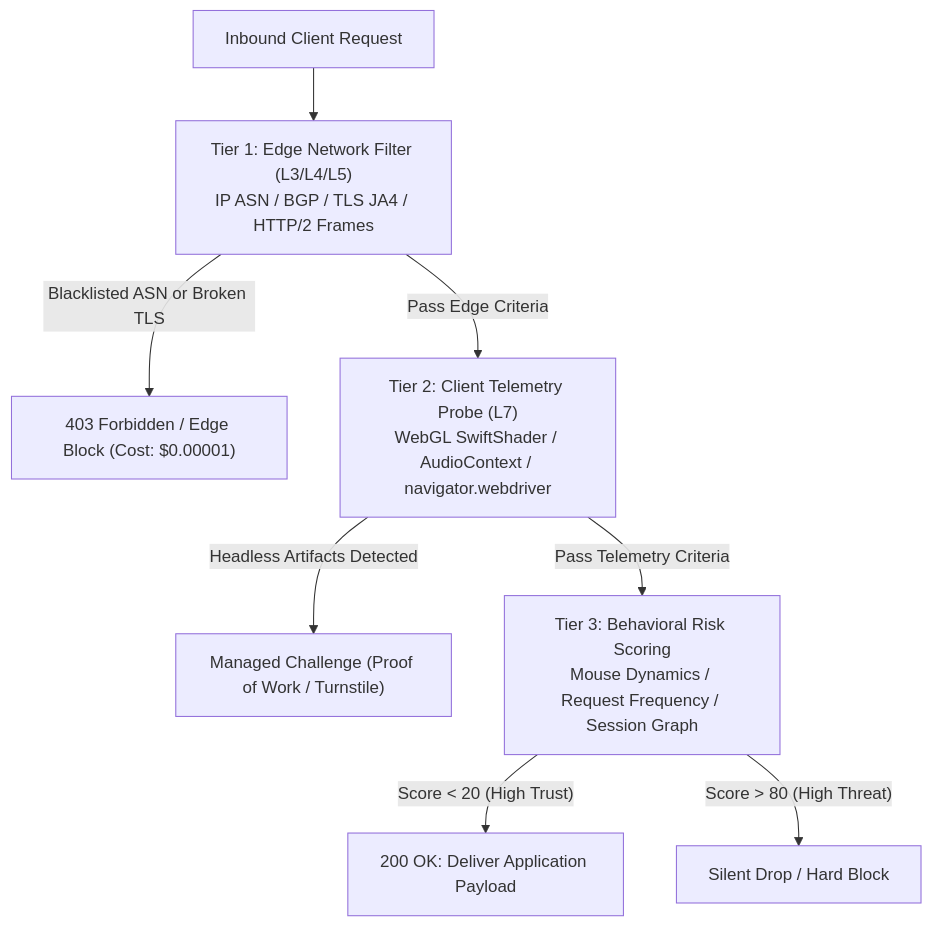
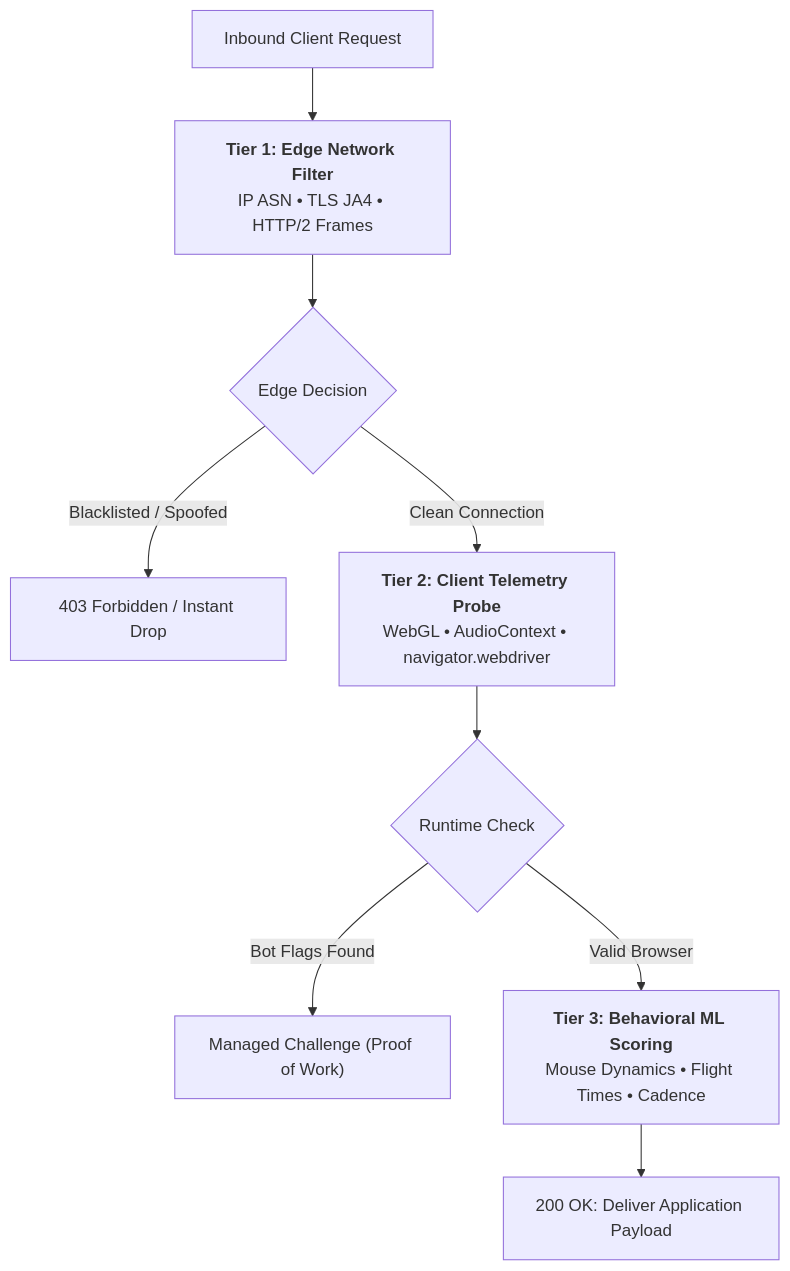
Before and after one commit to naimurhasan/naimurhasan.github.io: the first of 3 diagrams in _posts/2026-10-19-how-modern-bot-detection-systems-actually-work.md, drawn with Mermaid. The commit also changed other lines of this file and 28 other files, not shown here.

Commit message:
fix(blog): refactor all Mermaid diagrams to vertical legible layouts and restore in-body illustrations

````diff
--- a/_posts/2026-10-19-how-modern-bot-detection-systems-actually-work.md
+++ b/_posts/2026-10-19-how-modern-bot-detection-systems-actually-work.md
@@ -25,10 +25,11 @@
 ```mermaid
 flowchart TD
-  Req["Inbound Client Request"] --> T1["Tier 1: Edge Network Filter (L3/L4/L5)<br/>IP ASN / BGP / TLS JA4 / HTTP/2 Frames"]
-  T1 -- "Blacklisted ASN or Broken TLS" --> Block1["403 Forbidden / Edge Block (Cost: $0.00001)"]
-  T1 -- "Pass Edge Criteria" --> T2["Tier 2: Client Telemetry Probe (L7)<br/>WebGL SwiftShader / AudioContext / navigator.webdriver"]
-  T2 -- "Headless Artifacts Detected" --> Challenge["Managed Challenge (Proof of Work / Turnstile)"]
-  T2 -- "Pass Telemetry Criteria" --> T3["Tier 3: Behavioral Risk Scoring<br/>Mouse Dynamics / Request Frequency / Session Graph"]
-  T3 -- "Score < 20 (High Trust)" --> Pass["200 OK: Deliver Application Payload"]
-  T3 -- "Score > 80 (High Threat)" --> Block2["Silent Drop / Hard Block"]
+  Req["Inbound Client Request"] --> T1["<b>Tier 1: Edge Network Filter</b><br/>IP ASN • TLS JA4 • HTTP/2 Frames"]
+  T1 --> V1{"Edge Decision"}
+  V1 -- "Blacklisted / Spoofed" --> Block1["403 Forbidden / Instant Drop"]
+  V1 -- "Clean Connection" --> T2["<b>Tier 2: Client Telemetry Probe</b><br/>WebGL • AudioContext • navigator.webdriver"]
+  T2 --> V2{"Runtime Check"}
+  V2 -- "Bot Flags Found" --> Challenge["Managed Challenge (Proof of Work)"]
+  V2 -- "Valid Browser" --> T3["<b>Tier 3: Behavioral ML Scoring</b><br/>Mouse Dynamics • Flight Times • Cadence"]
+  T3 --> Pass["200 OK: Deliver Application Payload"]
 ```
````
